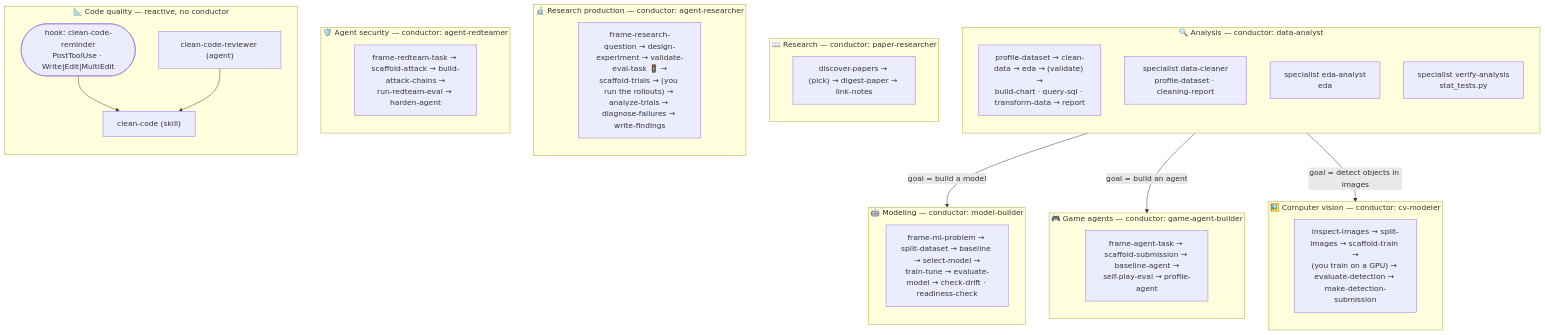
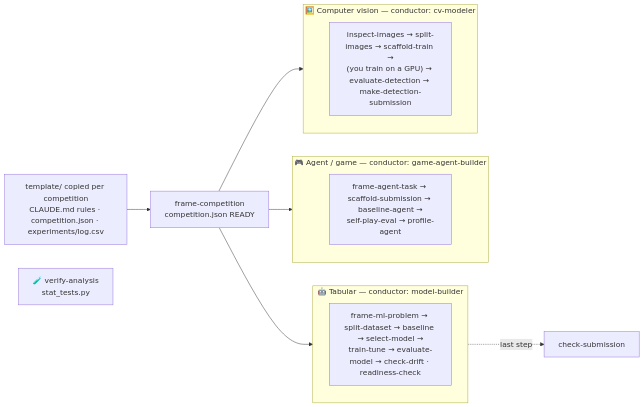
Before and after one commit to Alice-creator/claude-all-in-one-plugin: the diagram in README.md, drawn with Mermaid. The commit also changed other lines of this file and 120 other files, not shown here.

First line of the commit message:
refactor: turn the plugin into an AI-competition template

````diff
--- a/README.md
+++ b/README.md
@@ -9,42 +9,18 @@
 ```mermaid
-flowchart TB
-    subgraph AN["🔍 Analysis — conductor: data-analyst"]
-        direction TB
-        ANF["profile-dataset → clean-data → eda → (validate) →<br/>build-chart · query-sql · transform-data → report"]
-        DCL["specialist data-cleaner<br/>profile-dataset · cleaning-report"]
-        EAN["specialist eda-analyst<br/>eda"]
-        VAN["specialist verify-analysis<br/>stat_tests.py"]
-    end
-    subgraph ML["🤖 Modeling — conductor: model-builder"]
-        direction TB
+flowchart LR
+    T["template/ copied per competition<br/>CLAUDE.md rules · competition.json · experiments/log.csv"] --> FC["frame-competition<br/>competition.json READY"]
+    FC --> ML
+    FC --> GA
+    FC --> CV
+    ML -.->|"last step"| CS["check-submission"]
+    subgraph ML["🤖 Tabular — conductor: model-builder"]
         MLF["frame-ml-problem → split-dataset → baseline → select-model →<br/>train-tune → evaluate-model → check-drift · readiness-check"]
     end
-    subgraph RP["📖 Research — conductor: paper-researcher"]
-        direction TB
-        RPF["discover-papers → (pick) → digest-paper → link-notes"]
-    end
-    subgraph RS["🔬 Research production — conductor: agent-researcher"]
-        direction TB
-        RSF["frame-research-question → design-experiment → validate-eval-task 🚦 →<br/>scaffold-trials → (you run the rollouts) → analyze-trials → diagnose-failures → write-findings"]
-    end
-    subgraph GA["🎮 Game agents — conductor: game-agent-builder"]
-        direction TB
+    subgraph GA["🎮 Agent / game — conductor: game-agent-builder"]
         GAF["frame-agent-task → scaffold-submission → baseline-agent →<br/>self-play-eval → profile-agent"]
     end
-    subgraph SEC["🛡️ Agent security — conductor: agent-redteamer"]
-        direction TB
-        SECF["frame-redteam-task → scaffold-attack → build-attack-chains →<br/>run-redteam-eval → harden-agent"]
-    end
     subgraph CV["🖼️ Computer vision — conductor: cv-modeler"]
-        direction TB
         CVF["inspect-images → split-images → scaffold-train →<br/>(you train on a GPU) → evaluate-detection → make-detection-submission"]
     end
-    subgraph CQ["📐 Code quality — reactive, no conductor"]
-        direction TB
-        HK(["hook: clean-code-reminder<br/>PostToolUse · Write|Edit|MultiEdit"]) --> CCS["clean-code (skill)"]
-        CCR["clean-code-reviewer (agent)"] --> CCS
-    end
-    AN -->|"goal = build a model"| ML
-    AN -->|"goal = build an agent"| GA
-    AN -->|"goal = detect objects in images"| CV
+    VA["🧪 verify-analysis<br/>stat_tests.py"]
 ```
````
